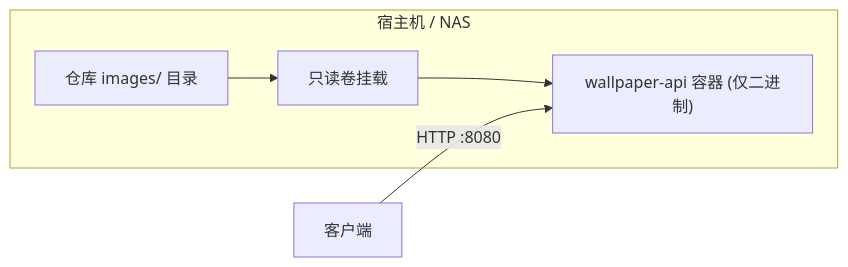
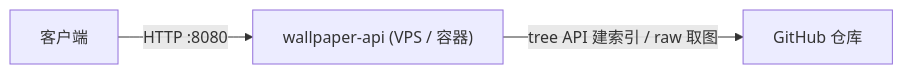
One commit to MinimaxFlora/WallpaperHub changed the third of 4 diagrams in .monkeycode/specs/2026-09-30-wallpaper-api/design.md. Above: the diagram before and after it, drawn with Mermaid. The commit also changed other lines of this file and 16 other files, not shown here.

First line of the commit message:
feat: serve wallpapers from a GitHub repository

````diff
--- a/.monkeycode/specs/2026-09-30-wallpaper-api/design.md
+++ b/.monkeycode/specs/2026-09-30-wallpaper-api/design.md
@@ -53,10 +56,6 @@
 ```mermaid
 graph LR
-    subgraph Host["宿主机 / NAS"]
-        Repo["仓库 images/ 目录"]
-        Vol["只读卷挂载"]
-        Container["wallpaper-api 容器 (仅二进制)"]
-        Repo --> Vol --> Container
-    end
+    Container["wallpaper-api (VPS / 容器)"]
     Client2["客户端"] -->|"HTTP :8080"| Container
+    Container -->|"tree API 建索引 / raw 取图"| GH2["GitHub 仓库"]
 ```
````
